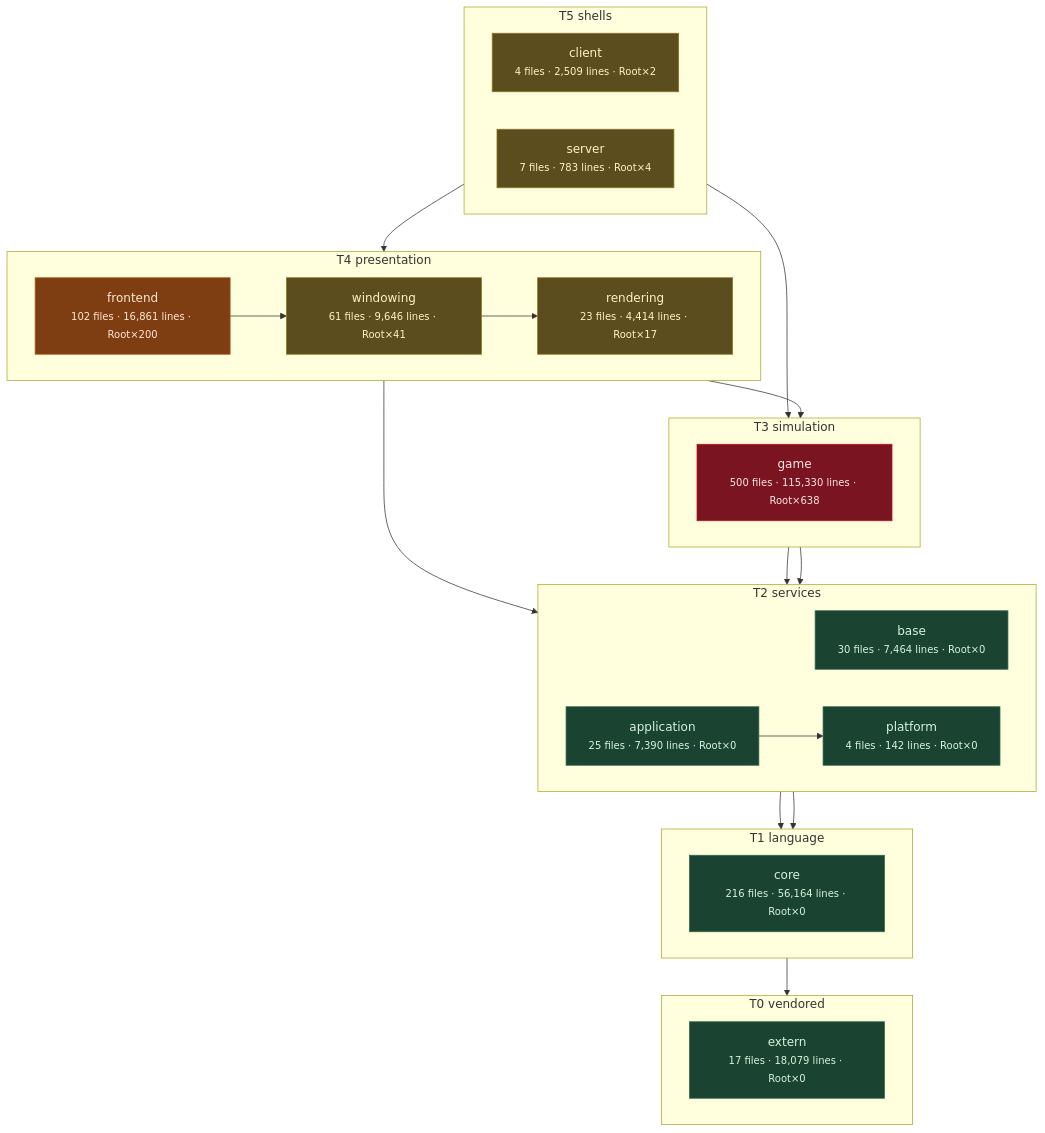
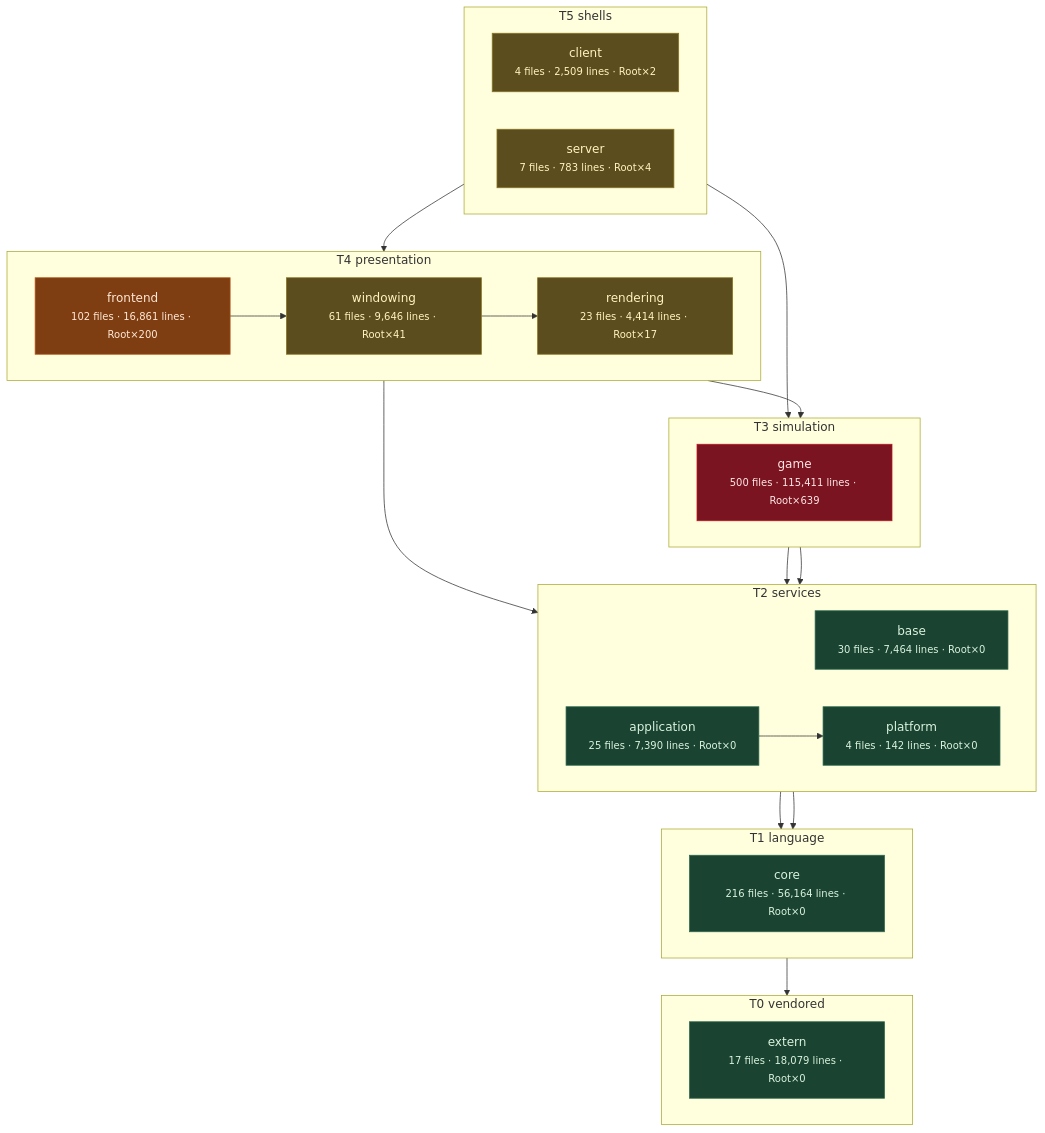
One commit to apnex/OpenStarbound changed the third of 11 diagrams in docs/architecture/system-boundaries.md. Above: the diagram before and after it, drawn with Mermaid. The commit also changed other lines of this file and 4 other files, not shown here.

````diff
--- a/docs/architecture/system-boundaries.md
+++ b/docs/architecture/system-boundaries.md
@@ -270,52 +270,52 @@
 ```mermaid
 flowchart TD
   subgraph T0["T0 vendored"]
     direction LR
     extern["extern<br/><small>17 files · 18,079 lines · Root×0</small>"]
   end
   subgraph T1["T1 language"]
     direction LR
     core["core<br/><small>216 files · 56,164 lines · Root×0</small>"]
   end
   subgraph T2["T2 services"]
     direction LR
     base["base<br/><small>30 files · 7,464 lines · Root×0</small>"]
     platform["platform<br/><small>4 files · 142 lines · Root×0</small>"]
     application["application<br/><small>25 files · 7,390 lines · Root×0</small>"]
   end
   subgraph T3["T3 simulation"]
     direction LR
-    game["game<br/><small>500 files · 115,330 lines · Root×638</small>"]
+    game["game<br/><small>500 files · 115,411 lines · Root×639</small>"]
   end
   subgraph T4["T4 presentation"]
     direction LR
     rendering["rendering<br/><small>23 files · 4,414 lines · Root×17</small>"]
     windowing["windowing<br/><small>61 files · 9,646 lines · Root×41</small>"]
     frontend["frontend<br/><small>102 files · 16,861 lines · Root×200</small>"]
   end
   subgraph T5["T5 shells"]
     direction LR
     client["client<br/><small>4 files · 2,509 lines · Root×2</small>"]
     server["server<br/><small>7 files · 783 lines · Root×4</small>"]
   end
   core --> extern
   base --> core
   platform --> core
   application --> platform
   game --> base
   game --> platform
   rendering --> application
   rendering --> game
   windowing --> rendering
   frontend --> windowing
   client --> frontend
   server --> game
   classDef clean fill:#1b4332,stroke:#2d6a4f,color:#d8f3dc
   classDef warm  fill:#5c4d1e,stroke:#8a7420,color:#fff3bf
   classDef hot   fill:#7f3e12,stroke:#b5561b,color:#ffe8d6
   classDef blaze fill:#7a1420,stroke:#c1121f,color:#ffe5e5
   class extern,core,base,platform,application clean
   class rendering,windowing,client,server warm
   class frontend hot
   class game blaze
 ```
````
